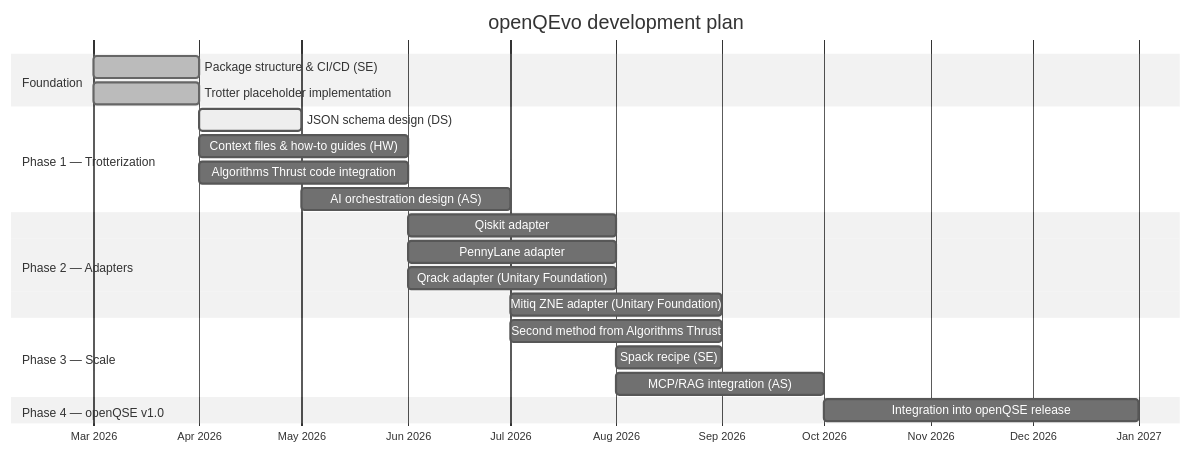
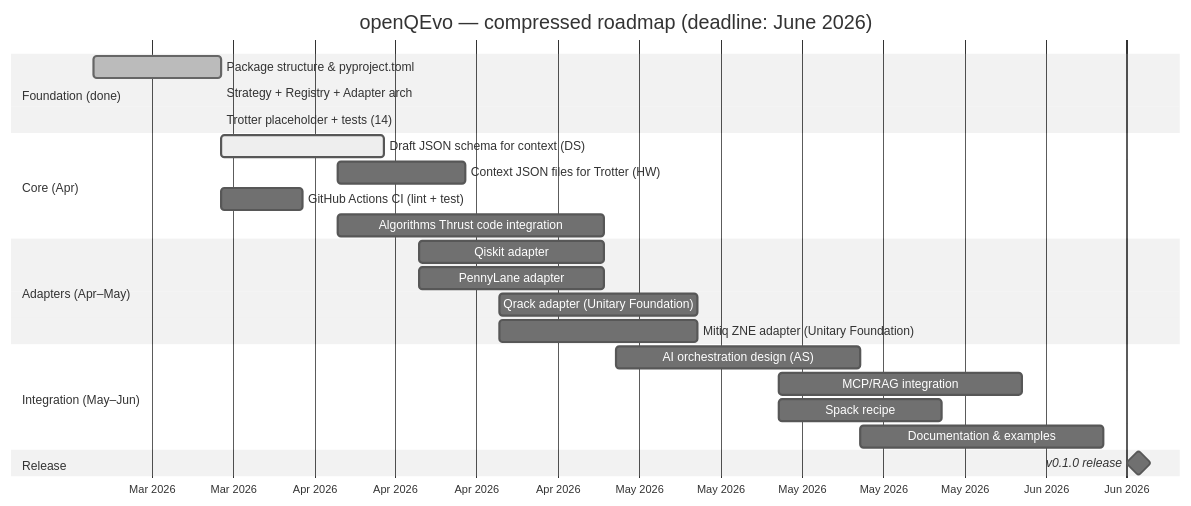
The first of 2 diagrams in docs/roadmap.md (QSCSoftwareEcosystem/OpenQEvo), drawn with Mermaid (neutral theme) before and after one commit. The commit also changed other lines of this file and 15 other files, not shown here.

First line of the commit message:
Compress roadmap to June 2026, add CI, context schema, and JSON files

````diff
--- a/docs/roadmap.md
+++ b/docs/roadmap.md
@@ -5,30 +10,32 @@
 ```mermaid
 gantt
-    title openQEvo development plan
-    dateFormat YYYY-MM
+    title openQEvo — compressed roadmap (deadline: June 2026)
+    dateFormat YYYY-MM-DD
     axisFormat %b %Y
 
-    section Foundation
-        Package structure & CI/CD (SE)        :done, se1, 2026-03, 2026-04
-        Trotter placeholder implementation    :done, hw0, 2026-03, 2026-04
+    section Foundation (done)
+        Package structure & pyproject.toml     :done, se1, 2026-03-17, 2026-03-28
+        Strategy + Registry + Adapter arch     :done, ar1, 2026-03-28, 2026-03-28
+        Trotter placeholder + tests (14)       :done, hw0, 2026-03-28, 2026-03-28
 
-    section Phase 1 — Trotterization
-        JSON schema design (DS)               :active, ds1, 2026-04, 2026-05
-        Context files & how-to guides (HW)    :hw1, 2026-04, 2026-06
-        Algorithms Thrust code integration    :alg1, 2026-04, 2026-06
-        AI orchestration design (AS)          :as1, 2026-05, 2026-07
+    section Core (Apr)
+        Draft JSON schema for context (DS)     :active, ds1, 2026-03-28, 2026-04-11
+        Context JSON files for Trotter (HW)    :ctx1, 2026-04-07, 2026-04-18
+        GitHub Actions CI (lint + test)        :ci1, 2026-03-28, 2026-04-04
+        Algorithms Thrust code integration     :alg1, 2026-04-07, 2026-04-30
 
-    section Phase 2 — Adapters
-        Qiskit adapter                        :qk1, 2026-06, 2026-08
-        PennyLane adapter                     :pl1, 2026-06, 2026-08
-        Qrack adapter (Unitary Foundation)    :qr1, 2026-06, 2026-08
-        Mitiq ZNE adapter (Unitary Foundation):mt1, 2026-07, 2026-09
+    section Adapters (Apr–May)
+        Qiskit adapter                         :qk1, 2026-04-14, 2026-04-30
+        PennyLane adapter                      :pl1, 2026-04-14, 2026-04-30
+        Qrack adapter (Unitary Foundation)     :qr1, 2026-04-21, 2026-05-08
+        Mitiq ZNE adapter (Unitary Foundation) :mt1, 2026-04-21, 2026-05-08
 
-    section Phase 3 — Scale
-        Second method from Algorithms Thrust  :alg2, 2026-07, 2026-09
-        Spack recipe (SE)                     :se2, 2026-08, 2026-09
-        MCP/RAG integration (AS)              :as2, 2026-08, 2026-10
+    section Integration (May–Jun)
+        AI orchestration design (AS)           :as1, 2026-05-01, 2026-05-22
+        MCP/RAG integration                    :as2, 2026-05-15, 2026-06-05
+        Spack recipe                           :se2, 2026-05-15, 2026-05-29
+        Documentation & examples               :doc1, 2026-05-22, 2026-06-12
 
-    section Phase 4 — openQSE v1.0
-        Integration into openQSE release      :rel1, 2026-10, 2027-01
+    section Release
+        v0.1.0 release                         :milestone, rel1, 2026-06-15, 0d
 ```
````
